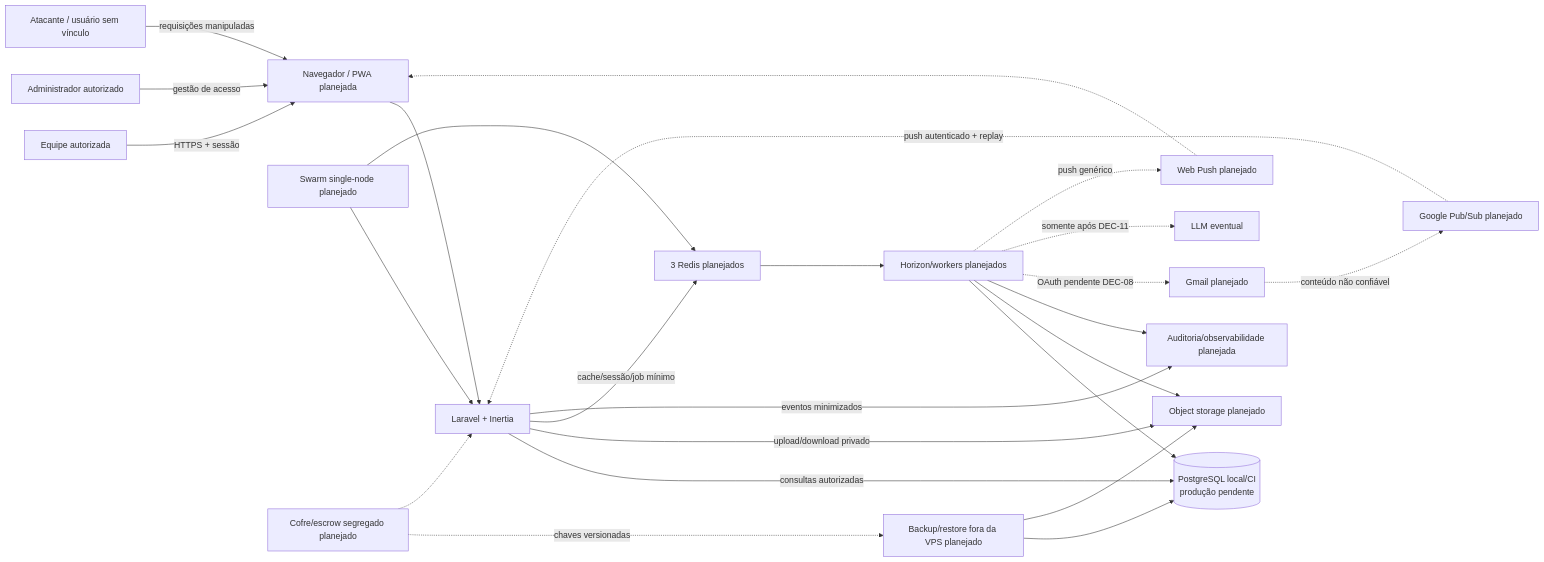
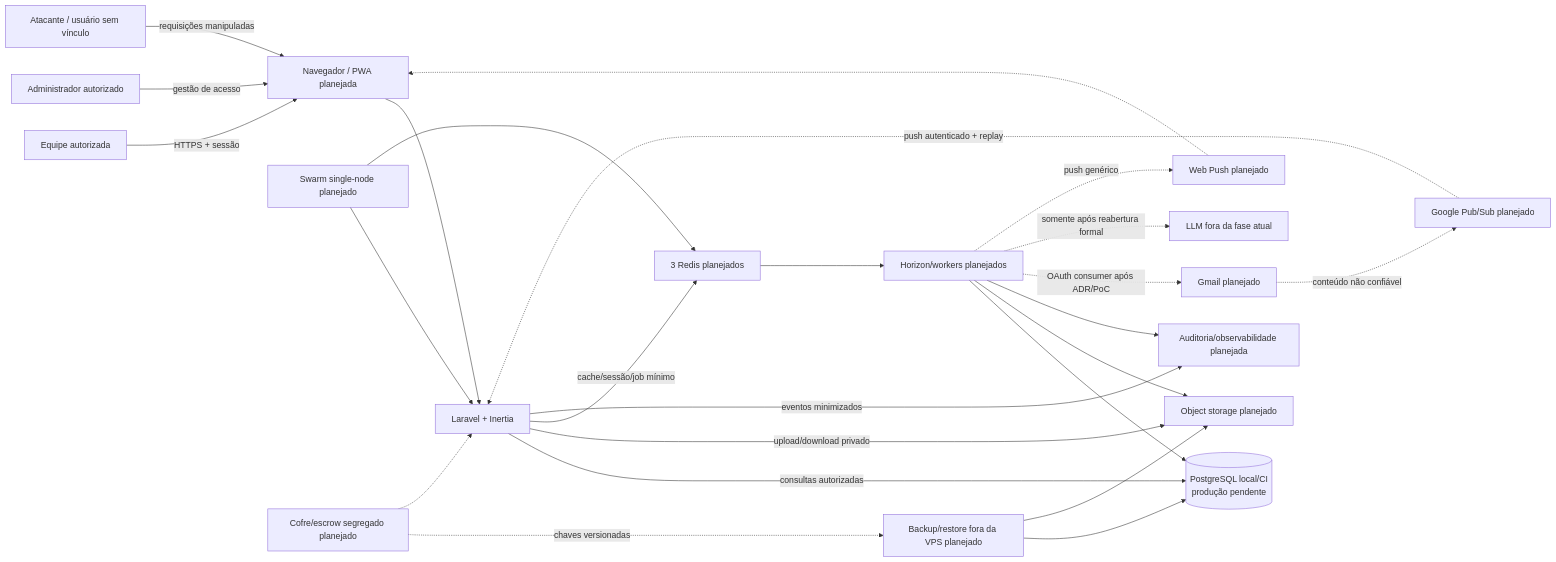
Before and after one commit to TommDaniel/centro_acolhimento: the diagram in SECURITY_THREAT_MODEL.md, drawn with Mermaid. The commit also changed other lines of this file and 40 other files, not shown here.

````diff
--- a/SECURITY_THREAT_MODEL.md
+++ b/SECURITY_THREAT_MODEL.md
@@ -26,29 +26,29 @@
 ```mermaid
 flowchart LR
     U["Equipe autorizada"] -->|"HTTPS + sessão"| C["Navegador / PWA planejada"]
     A["Administrador autorizado"] -->|"gestão de acesso"| C
     X["Atacante / usuário sem vínculo"] -->|"requisições manipuladas"| C
     C --> W["Laravel + Inertia"]
     W -->|"consultas autorizadas"| P[("PostgreSQL local/CI\nprodução pendente")]
     W -->|"upload/download privado"| O["Object storage planejado"]
     W -->|"cache/sessão/job mínimo"| R["3 Redis planejados"]
     R --> H["Horizon/workers planejados"]
     W -->|"eventos minimizados"| L["Auditoria/observabilidade planejada"]
     H --> P
     H --> O
     H --> L
 
     G["Gmail planejado"] -.->|"conteúdo não confiável"| PS["Google Pub/Sub planejado"]
     PS -.->|"push autenticado + replay"| W
-    H -.->|"OAuth pendente DEC-08"| G
-    H -.->|"somente após DEC-11"| AI["LLM eventual"]
+    H -.->|"OAuth consumer após ADR/PoC"| G
+    H -.->|"somente após reabertura formal"| AI["LLM fora da fase atual"]
     H -.->|"push genérico"| PUSH["Web Push planejado"]
     PUSH -.-> C
 
     S["Swarm single-node planejado"] --> W
     S --> R
     B["Backup/restore fora da VPS planejado"] --> P
     B --> O
     K["Cofre/escrow segregado planejado"] -.->|"chaves versionadas"| B
     K -.-> W
 ```
````
